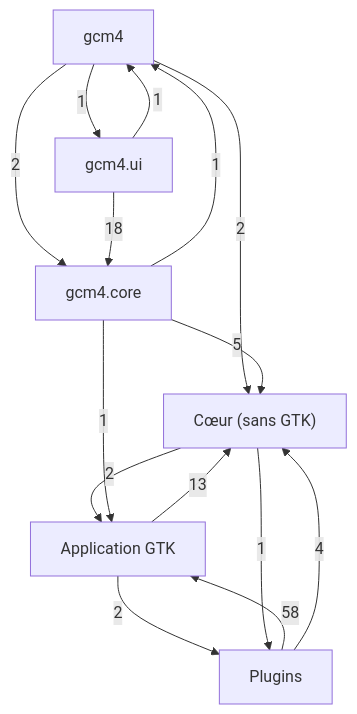
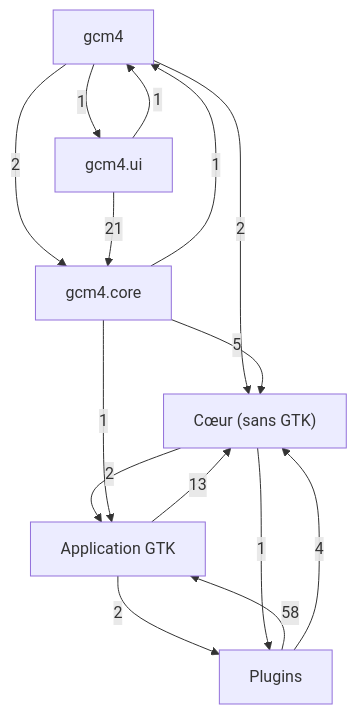
Before and after one commit to Mathide-Team/Gcm4: the first of 7 diagrams in docs/class-diagram.md, drawn with Mermaid. The commit also changed other lines of this file and 71 other files, not shown here.

````diff
--- a/docs/class-diagram.md
+++ b/docs/class-diagram.md
@@ -21,23 +21,23 @@
 ```mermaid
 flowchart TD
     g0["Cœur (sans GTK)"]
     g1["Application GTK"]
     g2["Plugins"]
     g3["gcm4"]
     g4["gcm4.core"]
     g5["gcm4.ui"]
     g1 -->|13| g0
     g1 -->|2| g2
     g0 -->|2| g1
     g0 -->|1| g2
     g2 -->|58| g1
     g2 -->|4| g0
     g3 -->|2| g0
     g3 -->|2| g4
     g3 -->|1| g5
     g4 -->|1| g1
     g4 -->|5| g0
     g4 -->|1| g3
     g5 -->|1| g3
-    g5 -->|18| g4
+    g5 -->|21| g4
 ```
````
